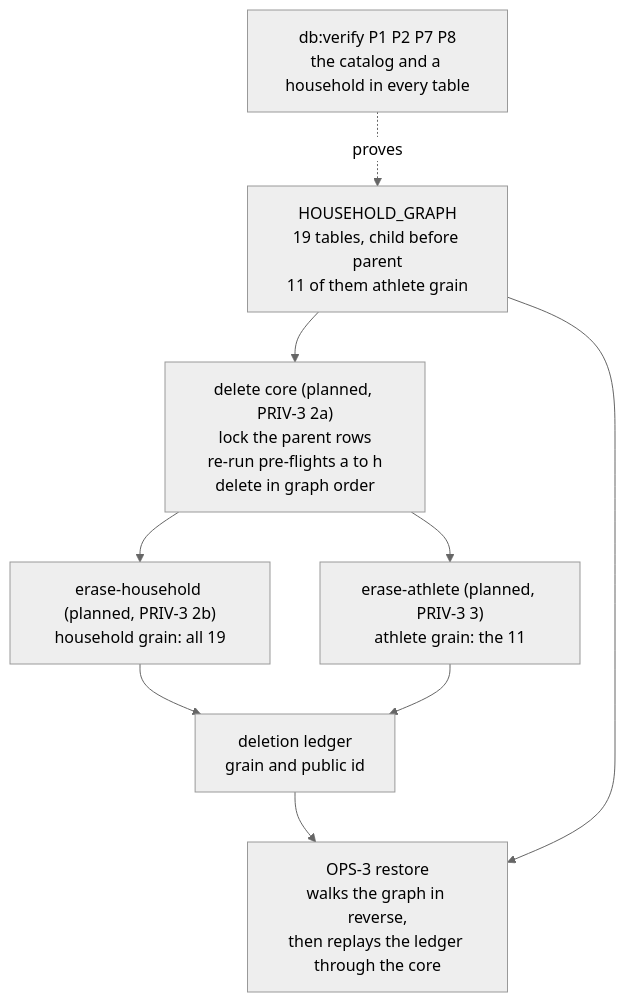
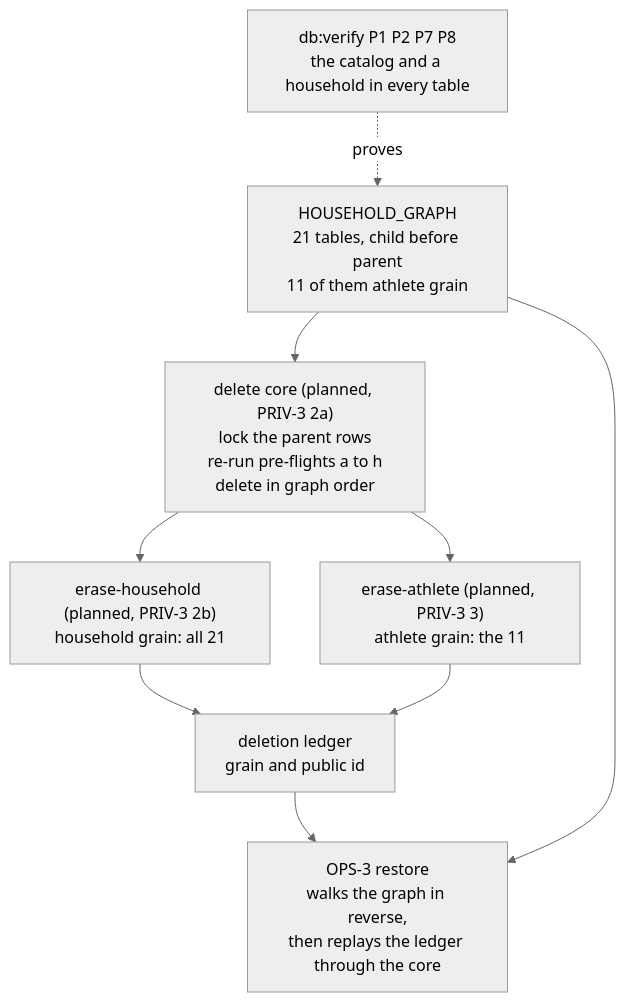
Before and after one commit to ralamode/mat-plan: diagram 20 of 20 in docs/architecture.md, drawn with Mermaid (neutral theme). The commit also changed other lines of this file and 57 other files, not shown here.

````diff
--- a/docs/architecture.md
+++ b/docs/architecture.md
@@ -949,18 +953,18 @@
 ```mermaid
 flowchart TD
-  G["HOUSEHOLD_GRAPH<br/>19 tables, child before parent<br/>11 of them athlete grain"]
+  G["HOUSEHOLD_GRAPH<br/>21 tables, child before parent<br/>11 of them athlete grain"]
   P["db:verify P1 P2 P7 P8<br/>the catalog and a household in every table"]
   C["delete core (planned, PRIV-3 2a)<br/>lock the parent rows<br/>re-run pre-flights a to h<br/>delete in graph order"]
-  EH["erase-household (planned, PRIV-3 2b)<br/>household grain: all 19"]
+  EH["erase-household (planned, PRIV-3 2b)<br/>household grain: all 21"]
   EA["erase-athlete (planned, PRIV-3 3)<br/>athlete grain: the 11"]
   L["deletion ledger<br/>grain and public id"]
   R["OPS-3 restore<br/>walks the graph in reverse,<br/>then replays the ledger through the core"]
   P -. proves .-> G
   G --> C
   C --> EH
   C --> EA
   EH --> L
   EA --> L
   L --> R
   G --> R
 ```
````
